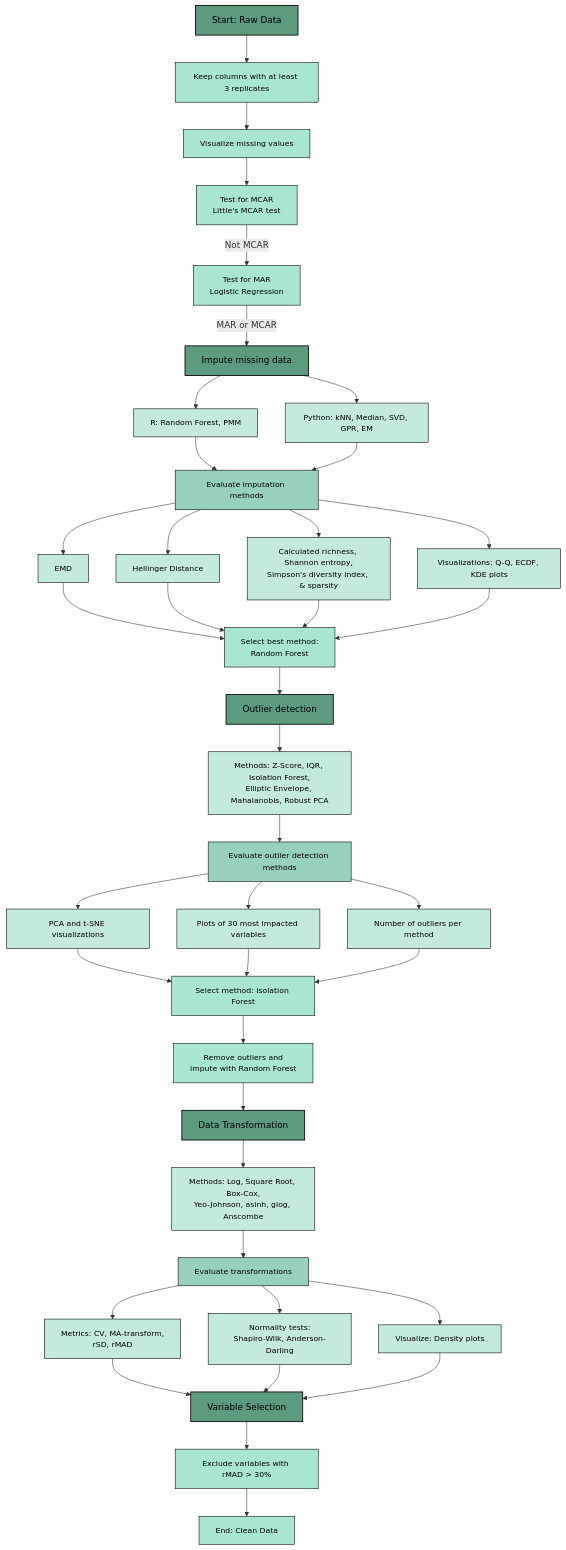
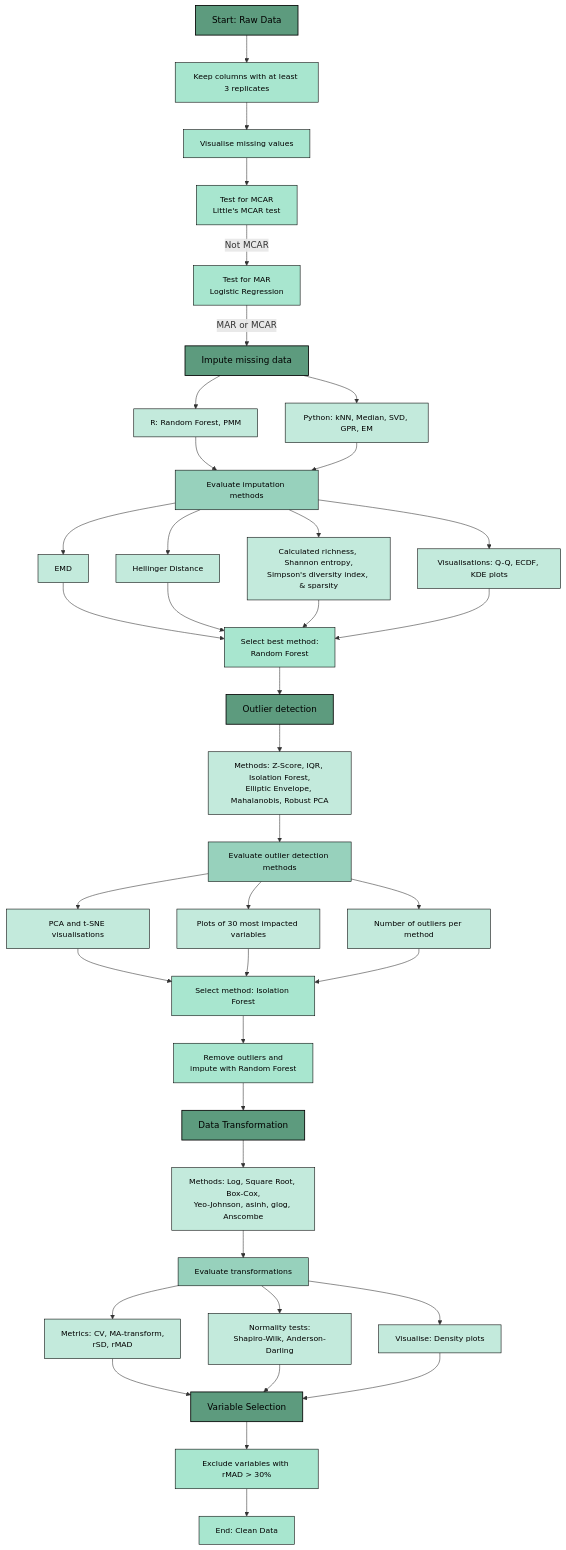
The second of 2 diagrams in README.md (shoaibms/metabo), drawn with Mermaid before and after one commit. The commit also changed other lines of this file, not shown here.

````diff
--- a/README.md
+++ b/README.md
@@ -250,71 +250,71 @@
 ```mermaid
 
 flowchart TD
     A["Start: Raw Data"] --> B["Keep columns with at least 3 replicates"]
-    B --> C["Visualize missing values"]
+    B --> C["Visualise missing values"]
     C --> D["Test for MCAR<br>Little's MCAR test"]
     D -->|"Not MCAR"| E["Test for MAR<br>Logistic Regression"]
     E -->|"MAR or MCAR"| F["Impute missing data"]
     
     F --> G1["R: Random Forest, PMM"]
     F --> G2["Python: kNN, Median, SVD, GPR, EM"]
     
     G1 --> H["Evaluate imputation methods"]
     G2 --> H
     
     H --> I1["EMD"]
     H --> I2["Hellinger Distance"]
     H --> I3["Calculated richness, Shannon entropy,<br>Simpson's diversity index, & sparsity"]
-    H --> I4["Visualizations: Q-Q, ECDF, KDE plots"]
+    H --> I4["Visualisations: Q-Q, ECDF, KDE plots"]
     
     I1 --> J["Select best method:<br>Random Forest"]
     I2 --> J
     I3 --> J
     I4 --> J
     
     J --> K["Outlier detection"]
     
     K --> L["Methods: Z-Score, IQR, Isolation Forest,<br>Elliptic Envelope, Mahalanobis, Robust PCA"]
     
     L --> M["Evaluate outlier detection methods"]
     
-    M --> N1["PCA and t-SNE visualizations"]
+    M --> N1["PCA and t-SNE visualisations"]
     M --> N2["Plots of 30 most impacted variables"]
     M --> N3["Number of outliers per method"]
     
     N1 --> O["Select method: Isolation Forest"]
     N2 --> O
     N3 --> O
     
     O --> P["Remove outliers and<br>impute with Random Forest"]
     
     P --> Q["Data Transformation"]
     
     Q --> R["Methods: Log, Square Root, Box-Cox,<br>Yeo-Johnson, asinh, glog, Anscombe"]
     
     R --> S["Evaluate transformations"]
     
     S --> T1["Metrics: CV, MA-transform,<br>rSD, rMAD"]
     S --> T2["Normality tests:<br>Shapiro-Wilk, Anderson-Darling"]
-    S --> T3["Visualize: Density plots"]
+    S --> T3["Visualise: Density plots"]
     
     T1 --> U["Variable Selection"]
     T2 --> U
     T3 --> U
     
     U --> V["Exclude variables with rMAD > 30%"]
     
     V --> W["End: Clean Data"]
 
     %% Style definitions - different shades of green based on hierarchy
     classDef mainDecision fill:#5d9b7e,stroke:#000,stroke-width:1.5px,shape:diamond,color:black,font-size:16px
     classDef process fill:#a8e6cf,stroke:#000,stroke-width:1px,color:black,font-size:14px
     classDef evaluateProcess fill:#97d1bc,stroke:#000,stroke-width:1px,color:black,font-size:14px
     classDef methodProcess fill:#c3eadc,stroke:#000,stroke-width:1px,color:black,font-size:14px
     
     %% Apply styles
     class A,F,K,Q,U mainDecision
     class B,C,D,E,J,O,P,V,W process
     class H,M,S evaluateProcess
     class G1,G2,I1,I2,I3,I4,L,N1,N2,N3,R,T1,T2,T3 methodProcess
 ```
````
